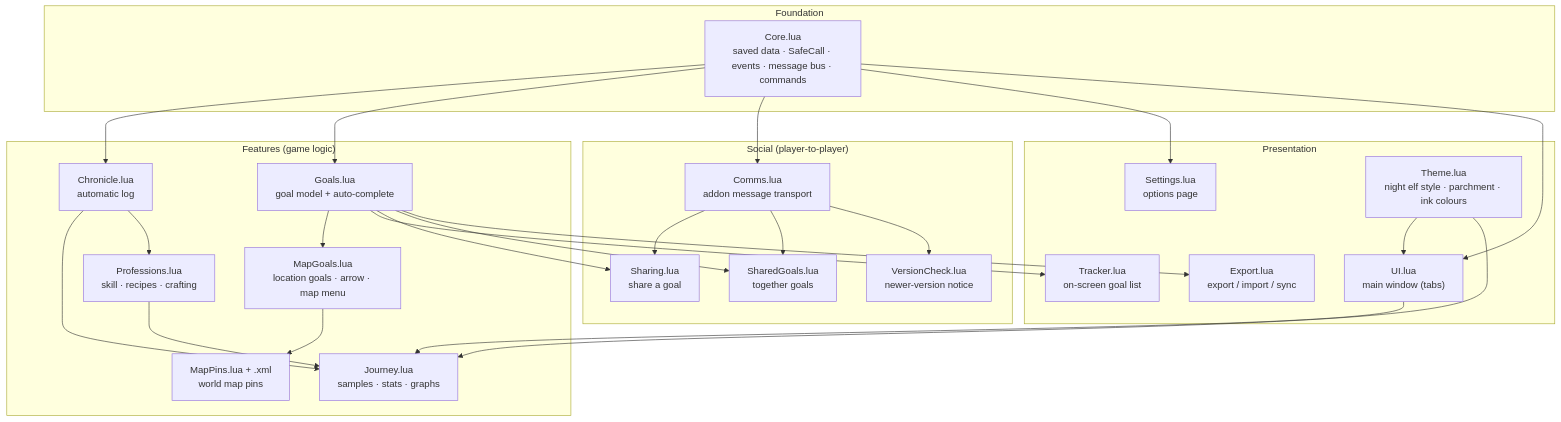
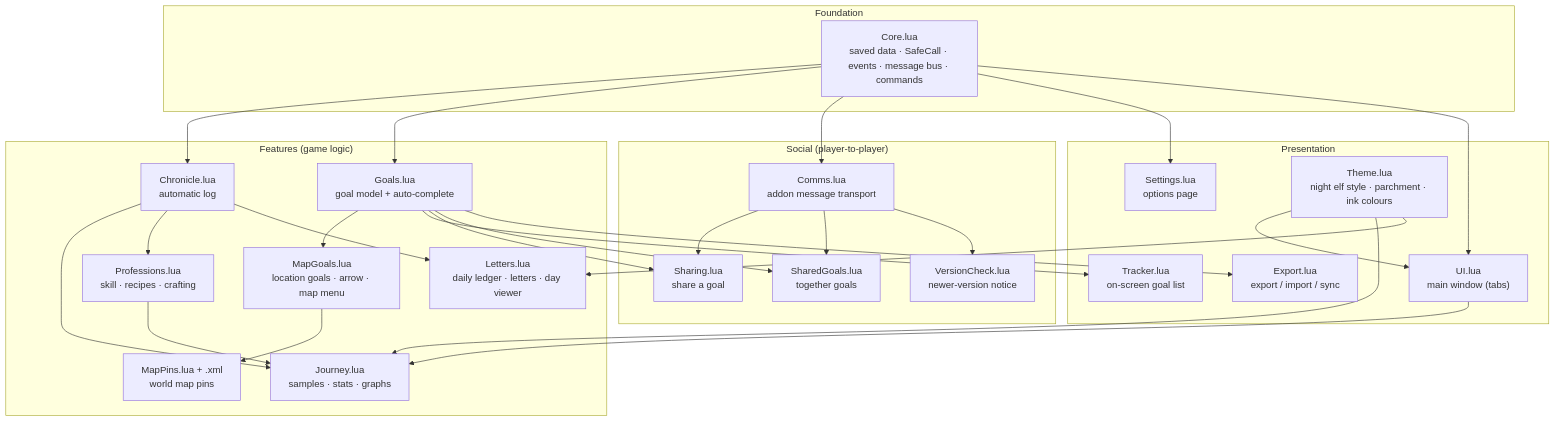
Before and after one commit to SaffronG/ForeverChronicler: the second of 12 diagrams in docs/Topology.md, drawn with Mermaid. The commit also changed other lines of this file and 11 other files, not shown here.

First line of the commit message:
Add daily letters with per-day stats in a race/class voice

````diff
--- a/docs/Topology.md
+++ b/docs/Topology.md
@@ -72,39 +72,42 @@
 ```mermaid
 flowchart TB
     subgraph Foundation
         Core["Core.lua<br/>saved data · SafeCall · events · message bus · commands"]
     end
     subgraph Features["Features (game logic)"]
         Chronicle["Chronicle.lua<br/>automatic log"]
         Goals["Goals.lua<br/>goal model + auto-complete"]
         MapGoals["MapGoals.lua<br/>location goals · arrow · map menu"]
         MapPins["MapPins.lua + .xml<br/>world map pins"]
         Journey["Journey.lua<br/>samples · stats · graphs"]
         Professions["Professions.lua<br/>skill · recipes · crafting"]
+        Letters["Letters.lua<br/>daily ledger · letters · day viewer"]
     end
     subgraph Social["Social (player-to-player)"]
         Comms["Comms.lua<br/>addon message transport"]
         Sharing["Sharing.lua<br/>share a goal"]
         Shared["SharedGoals.lua<br/>together goals"]
         Version["VersionCheck.lua<br/>newer-version notice"]
     end
     subgraph Presentation["Presentation"]
         Tracker["Tracker.lua<br/>on-screen goal list"]
         UI["UI.lua<br/>main window (tabs)"]
         Settings["Settings.lua<br/>options page"]
         Theme["Theme.lua<br/>night elf style · parchment · ink colours"]
         Export["Export.lua<br/>export / import / sync"]
     end
 
     Core --> Chronicle & Goals & Comms & Settings & UI
     Theme --> UI & Journey
     Goals --> MapGoals --> MapPins
     Goals --> Tracker
     Comms --> Sharing & Shared & Version
     Goals --> Sharing & Shared
     Chronicle --> Journey
     UI --> Journey
     Chronicle --> Professions
     Professions --> Journey
+    Chronicle --> Letters
+    Theme --> Letters
     Goals --> Export
 ```
````
